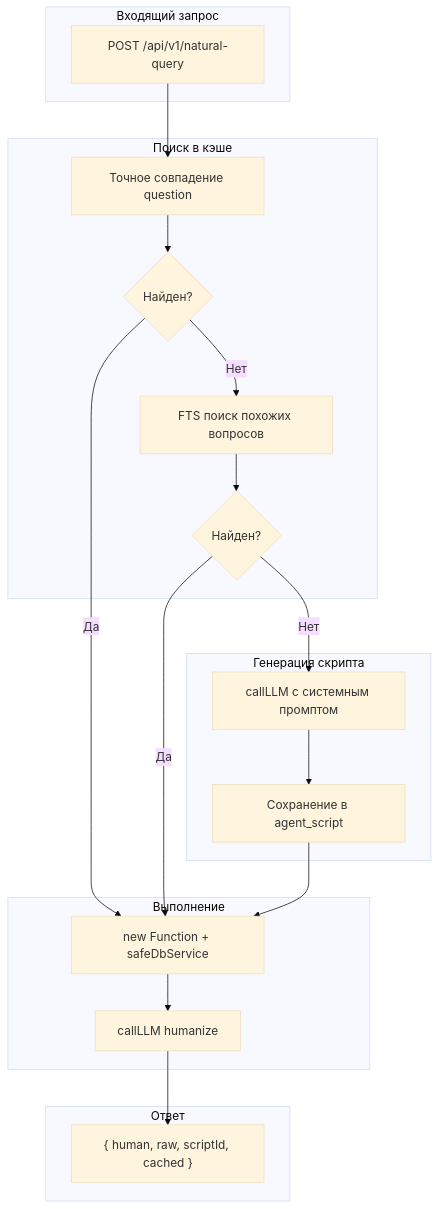
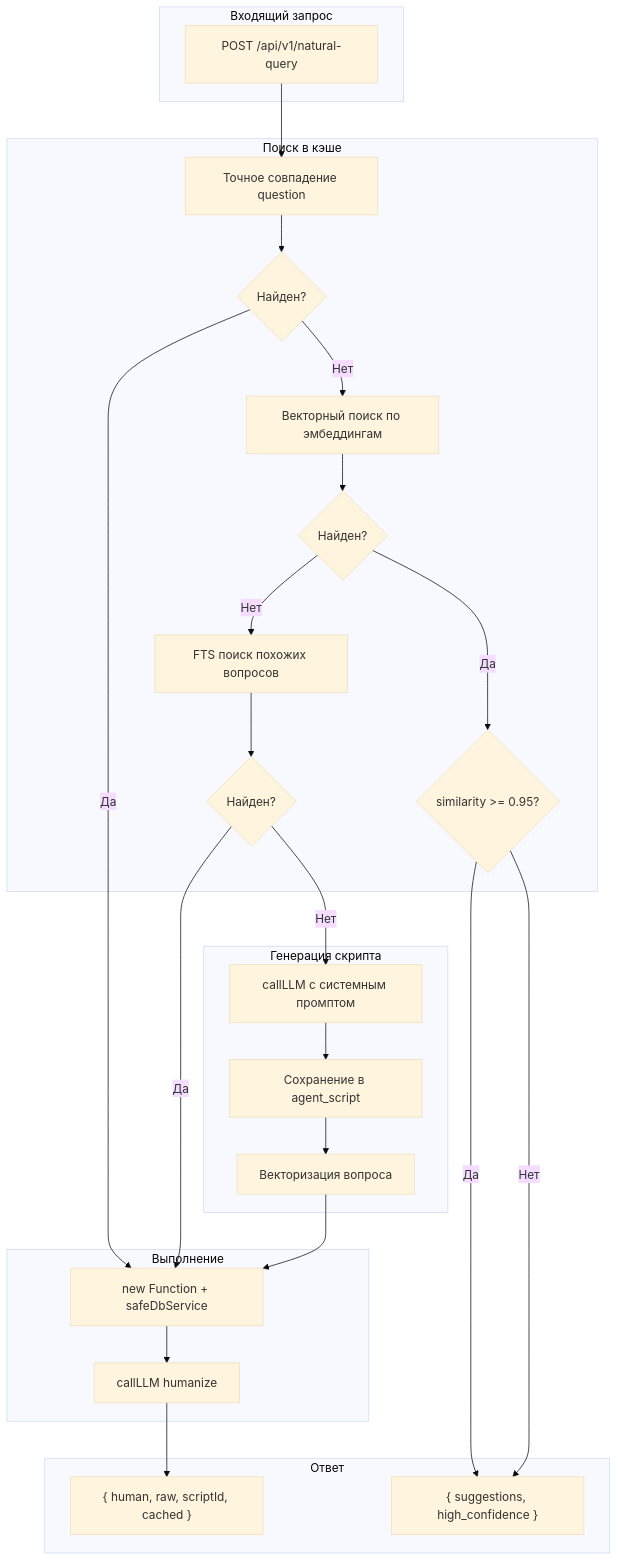
Before and after one commit to danmas/kosmos-vector: the diagram in KB/README_agent-script.md, drawn with Mermaid (base theme). The commit also changed other lines of this file and 8 other files, not shown here.

````diff
--- a/KB/README_agent-script.md
+++ b/KB/README_agent-script.md
@@ -9,39 +9,50 @@
 ```mermaid
 flowchart TB
     subgraph Input [Входящий запрос]
         Q[POST /api/v1/natural-query]
     end
     
     subgraph Cache [Поиск в кэше]
         Exact[Точное совпадение question]
         ExactFound{Найден?}
+        Vector[Векторный поиск по эмбеддингам]
+        VectorFound{Найден?}
+        VectorHigh{similarity >= 0.95?}
         FTS[FTS поиск похожих вопросов]
         FTSFound{Найден?}
     end
     
     subgraph Generate [Генерация скрипта]
         LLM[callLLM с системным промптом]
         Save[Сохранение в agent_script]
+        Embed[Векторизация вопроса]
     end
     
     subgraph Execute [Выполнение]
         Sandbox[new Function + safeDbService]
         Humanize[callLLM humanize]
     end
     
     subgraph Output [Ответ]
         Response["{ human, raw, scriptId, cached }"]
+        Suggestions["{ suggestions, high_confidence }"]
     end
     
     Q --> Exact
     Exact --> ExactFound
     ExactFound -->|Да| Sandbox
-    ExactFound -->|Нет| FTS
+    ExactFound -->|Нет| Vector
+    Vector --> VectorFound
+    VectorFound -->|Да| VectorHigh
+    VectorHigh -->|Да| Suggestions
+    VectorHigh -->|Нет| Suggestions
+    VectorFound -->|Нет| FTS
     FTS --> FTSFound
     FTSFound -->|Да| Sandbox
     FTSFound -->|Нет| LLM
     LLM --> Save
-    Save --> Sandbox
+    Save --> Embed
+    Embed --> Sandbox
     Sandbox --> Humanize
     Humanize --> Response
 ```
````
